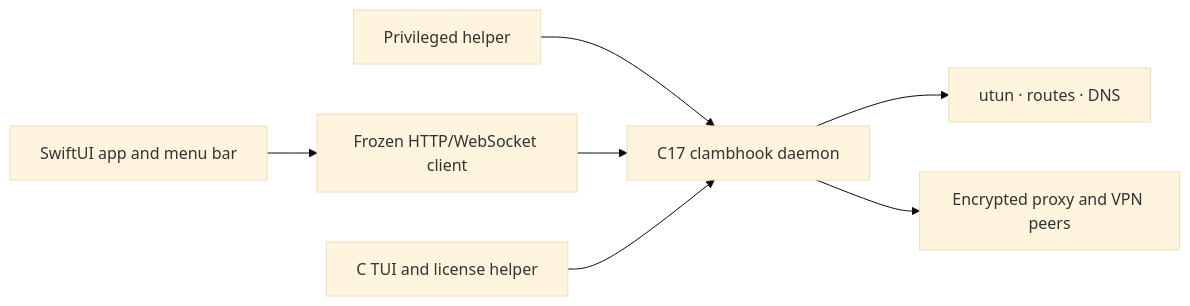
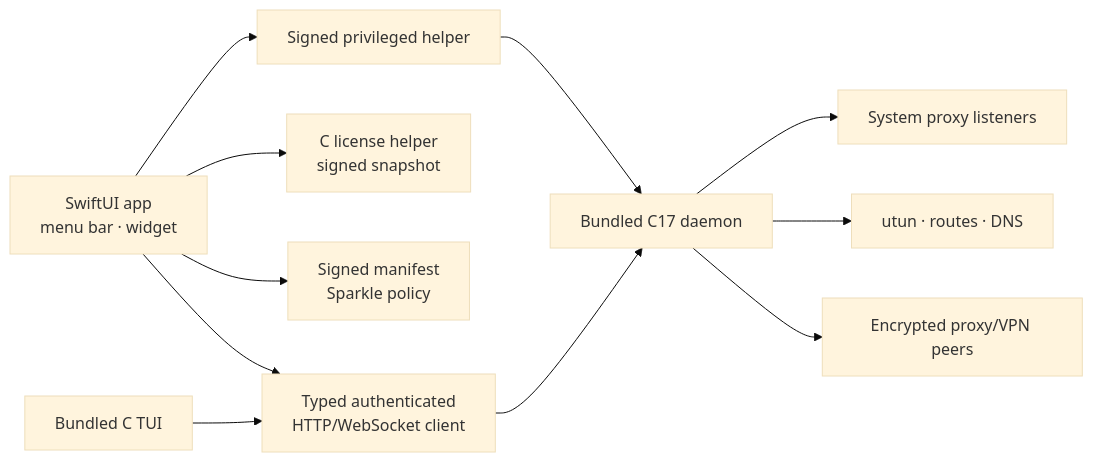
One commit to JohnThre/clambhook changed the diagram in ui/apple/README.md. Above: the diagram before and after it, drawn with Mermaid (base theme). The commit also changed 28 other files, not shown here.

Commit message:
Refresh documentation and diagrams

````diff
--- a/ui/apple/README.md
+++ b/ui/apple/README.md
@@ -11,9 +11,13 @@
 ```mermaid
 flowchart LR
-    swiftui["SwiftUI app and menu bar"] --> api["Frozen HTTP/WebSocket client"]
-    helper["Privileged helper"] --> daemon["C17 clambhook daemon"]
+    swiftui["SwiftUI app<br/>menu bar · widget"] --> api["Typed authenticated<br/>HTTP/WebSocket client"]
+    swiftui --> license["C license helper<br/>signed snapshot"]
+    swiftui --> updater["Signed manifest<br/>Sparkle policy"]
+    swiftui --> helper["Signed privileged helper"]
+    tui["Bundled C TUI"] --> api
+    helper --> daemon["Bundled C17 daemon"]
     api --> daemon
-    tools["C TUI and license helper"] --> daemon
+    daemon --> proxy["System proxy listeners"]
     daemon --> tun["utun · routes · DNS"]
-    daemon --> proxies["Encrypted proxy and VPN peers"]
+    daemon --> peers["Encrypted proxy/VPN peers"]
 ```
````
